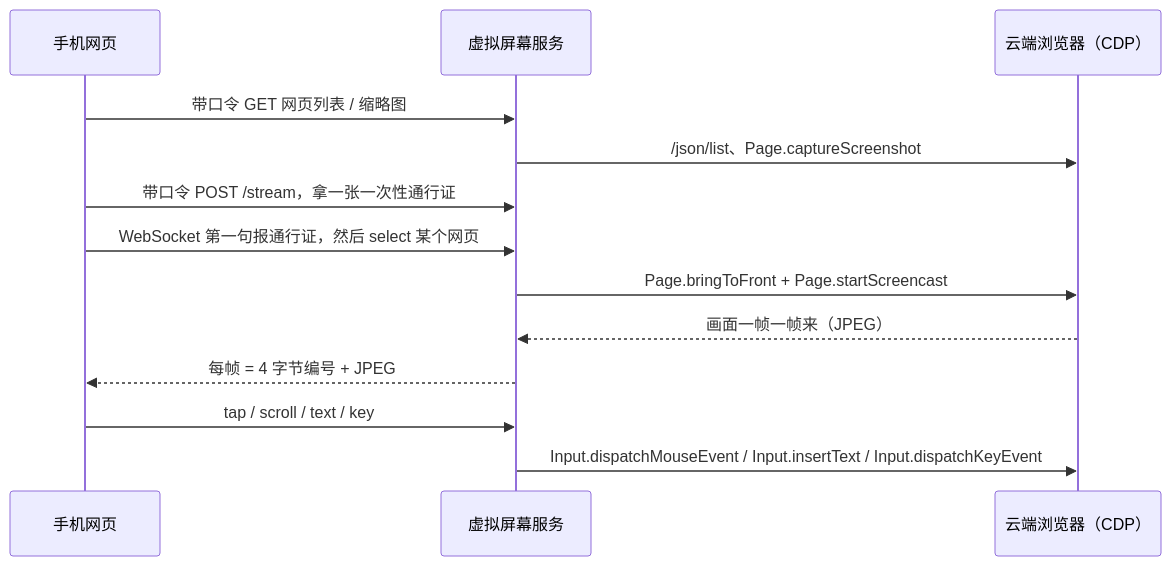
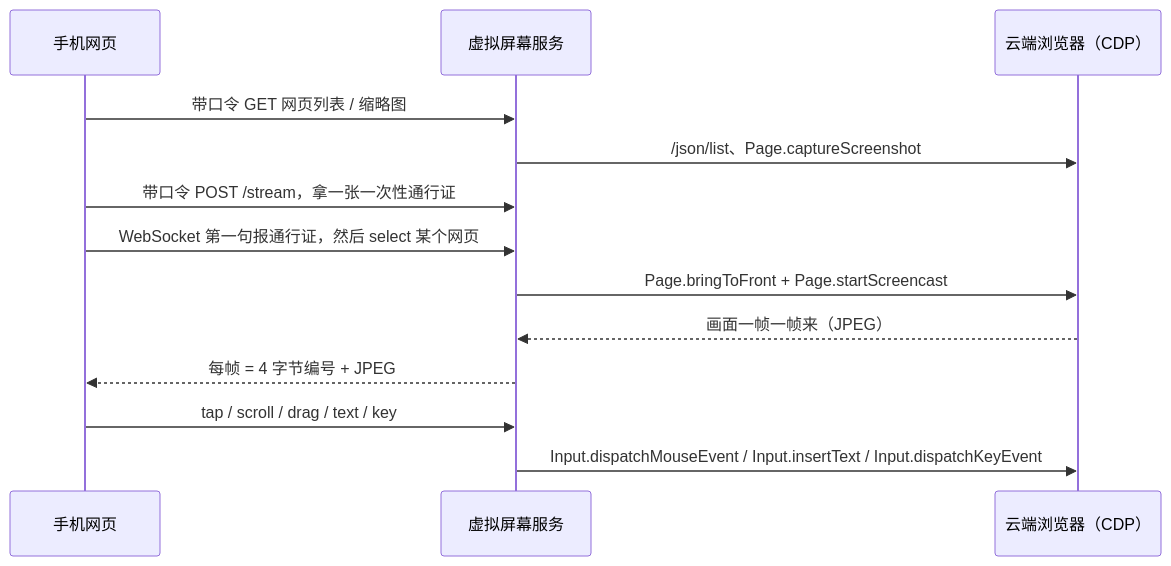
The diagram in docs/how-it-works.md (lllq-123/cloud-browser-screen), drawn with Mermaid before and after one commit. The commit also changed other lines of this file and 11 other files, not shown here.

````diff
--- a/docs/how-it-works.md
+++ b/docs/how-it-works.md
@@ -9,15 +9,15 @@
 ```mermaid
 sequenceDiagram
     participant P as 手机网页
     participant S as 虚拟屏幕服务
     participant B as 云端浏览器（CDP）
     P->>S: 带口令 GET 网页列表 / 缩略图
     S->>B: /json/list、Page.captureScreenshot
     P->>S: 带口令 POST /stream，拿一张一次性通行证
     P->>S: WebSocket 第一句报通行证，然后 select 某个网页
     S->>B: Page.bringToFront + Page.startScreencast
     B-->>S: 画面一帧一帧来（JPEG）
     S-->>P: 每帧 = 4 字节编号 + JPEG
-    P->>S: tap / scroll / text / key
+    P->>S: tap / scroll / drag / text / key
     S->>B: Input.dispatchMouseEvent / Input.insertText / Input.dispatchKeyEvent
 ```
````
